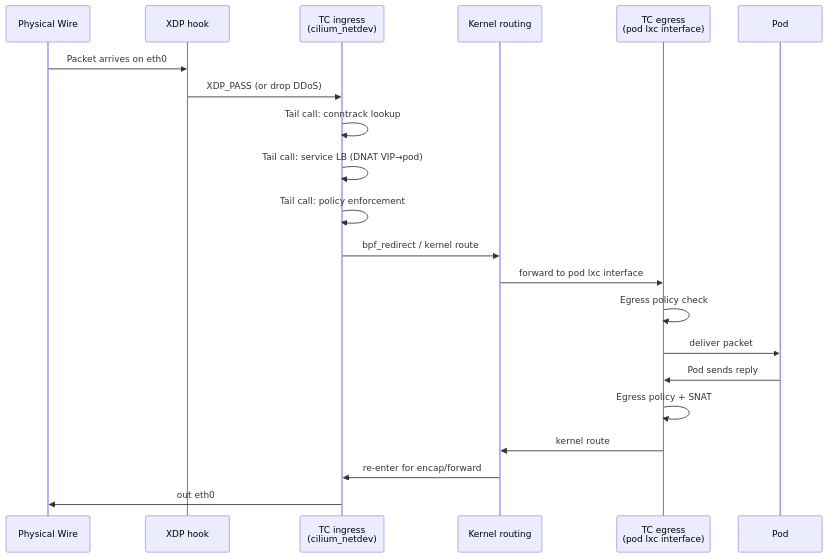
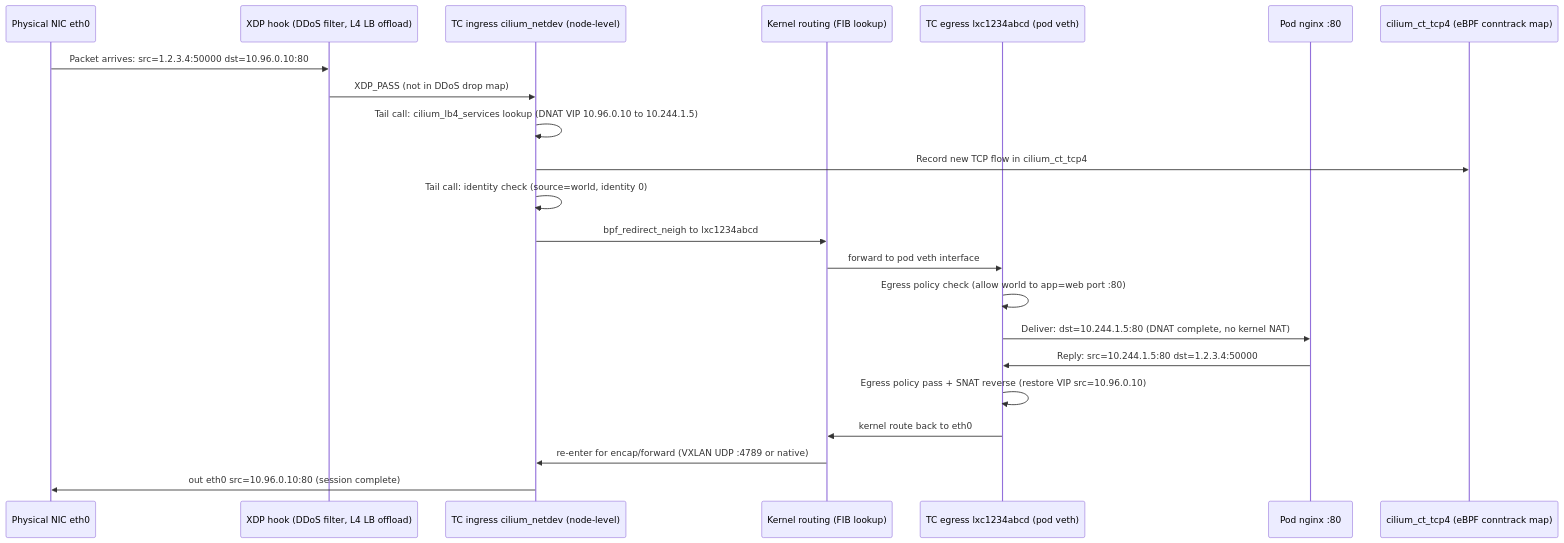
One commit to MykolaLebid/Kubernetes_networking_engineering changed the third of 3 diagrams in lessons/10-ebpf-xdp.md. Above: the diagram before and after it, drawn with Mermaid. The commit also changed other lines of this file and 35 other files, not shown here.

First line of the commit message:
Restructure all 34 lessons: Theory/Practice split, richer diagrams, industry examples, navigation

````diff
--- a/lessons/10-ebpf-xdp.md
+++ b/lessons/10-ebpf-xdp.md
@@ -256,25 +257,26 @@
 ```mermaid
 sequenceDiagram
-    participant Wire as Physical Wire
-    participant XDP as XDP hook
-    participant TC_IN as TC ingress<br/>(cilium_netdev)
-    participant RT as Kernel routing
-    participant LXC_EG as TC egress<br/>(pod lxc interface)
-    participant POD as Pod
+    participant Wire as Physical NIC eth0
+    participant XDP as XDP hook (DDoS filter, L4 LB offload)
+    participant TC_IN as TC ingress cilium_netdev (node-level)
+    participant RT as Kernel routing (FIB lookup)
+    participant LXC_EG as TC egress lxc1234abcd (pod veth)
+    participant POD as Pod nginx :80
+    participant CT as cilium_ct_tcp4 (eBPF conntrack map)
 
-    Wire->>XDP: Packet arrives on eth0
-    XDP->>TC_IN: XDP_PASS (or drop DDoS)
-    TC_IN->>TC_IN: Tail call: conntrack lookup
-    TC_IN->>TC_IN: Tail call: service LB (DNAT VIP→pod)
-    TC_IN->>TC_IN: Tail call: policy enforcement
-    TC_IN->>RT: bpf_redirect / kernel route
-    RT->>LXC_EG: forward to pod lxc interface
-    LXC_EG->>LXC_EG: Egress policy check
-    LXC_EG->>POD: deliver packet
+    Wire->>XDP: Packet arrives: src=1.2.3.4:50000 dst=10.96.0.10:80
+    XDP->>TC_IN: XDP_PASS (not in DDoS drop map)
+    TC_IN->>TC_IN: Tail call: cilium_lb4_services lookup (DNAT VIP 10.96.0.10 to 10.244.1.5)
+    TC_IN->>CT: Record new TCP flow in cilium_ct_tcp4
+    TC_IN->>TC_IN: Tail call: identity check (source=world, identity 0)
+    TC_IN->>RT: bpf_redirect_neigh to lxc1234abcd
+    RT->>LXC_EG: forward to pod veth interface
+    LXC_EG->>LXC_EG: Egress policy check (allow world to app=web port :80)
+    LXC_EG->>POD: Deliver: dst=10.244.1.5:80 (DNAT complete, no kernel NAT)
 
-    POD->>LXC_EG: Pod sends reply
-    LXC_EG->>LXC_EG: Egress policy + SNAT
-    LXC_EG->>RT: kernel route
-    RT->>TC_IN: re-enter for encap/forward
-    TC_IN->>Wire: out eth0
+    POD->>LXC_EG: Reply: src=10.244.1.5:80 dst=1.2.3.4:50000
+    LXC_EG->>LXC_EG: Egress policy pass + SNAT reverse (restore VIP src=10.96.0.10)
+    LXC_EG->>RT: kernel route back to eth0
+    RT->>TC_IN: re-enter for encap/forward (VXLAN UDP :4789 or native)
+    TC_IN->>Wire: out eth0 src=10.96.0.10:80 (session complete)
 ```
````
